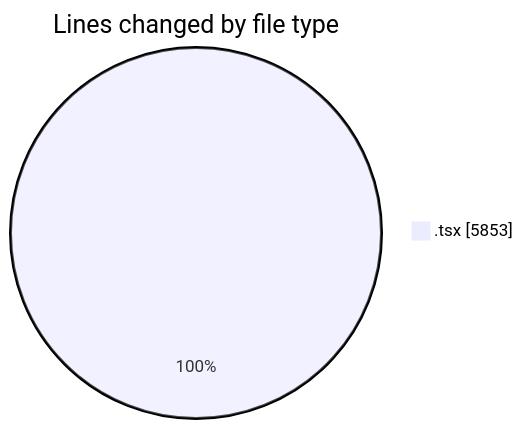
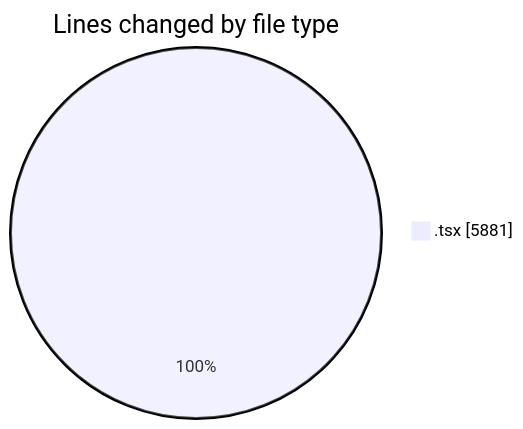
Before and after one commit to momahboobian/code-tracking: the first of 2 diagrams in 2025-12-04/cda/README.md, drawn with Mermaid. The commit also changed other lines of this file and 1 other file, not shown here.

````diff
--- a/2025-12-04/cda/README.md
+++ b/2025-12-04/cda/README.md
@@ -22,5 +22,5 @@
 ```mermaid
 pie showData
 title Lines changed by file type
-".tsx" : 5853
+".tsx" : 5881
 ```
````
